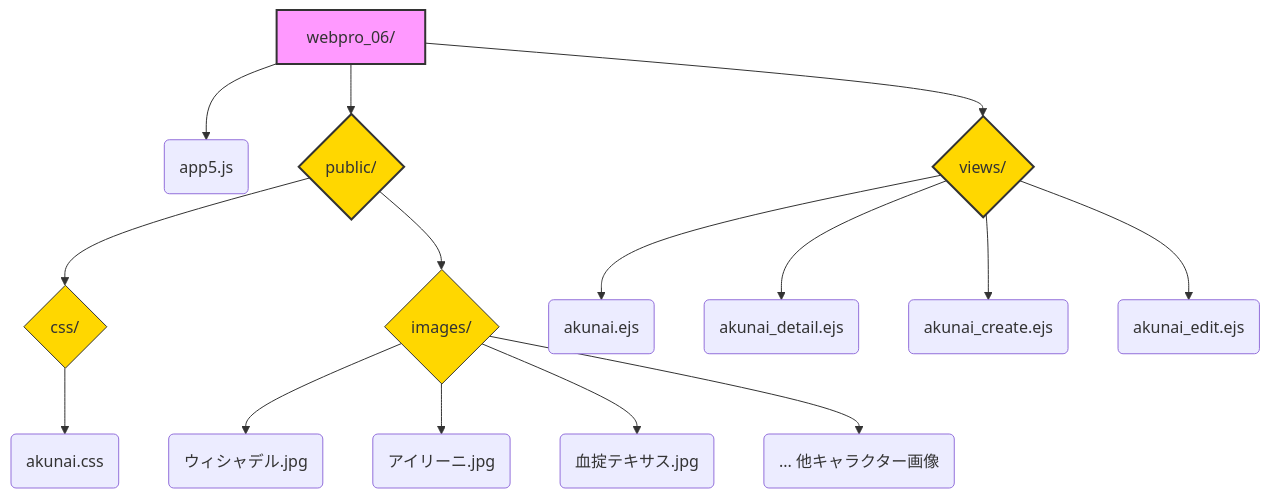
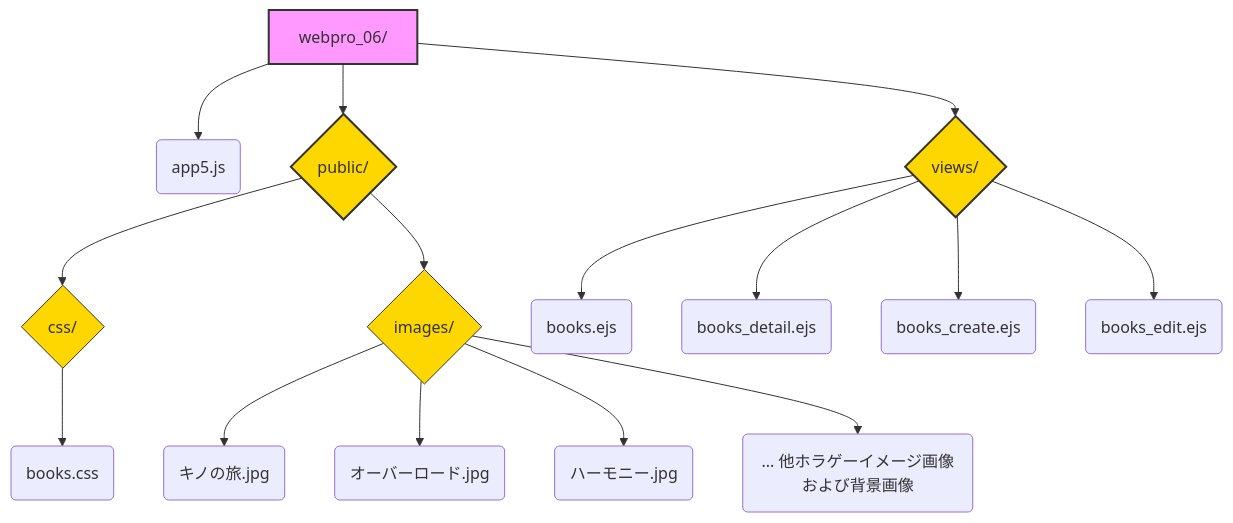
Before and after one commit to GingerAle0220/webpro_06: the diagram in fail.md, drawn with Mermaid. The commit also changed 19 other files, not shown here.

````diff
--- a/fail.md
+++ b/fail.md
@@ -1,36 +1,36 @@
 ```mermaid
 graph TD
     %% ルートディレクトリ
     root[webpro_06/]
     
     %% 第1階層
     root --> app5(app5.js)
     root --> public{public/}
     root --> views{views/}
 
     %% publicフォルダの中身
     public --> css{css/}
     public --> images{images/}
 
     %% cssフォルダ
-    css --> cssFile(akunai.css)
+    css --> cssFile(books.css)
 
     %% imagesフォルダ
-    images --> img1(ウィシャデル.jpg)
-    images --> img2(アイリーニ.jpg)
-    images --> img3(血掟テキサス.jpg)
-    images --> imgEtc(... 他キャラクター画像)
+    images --> img1(キノの旅.jpg)
+    images --> img2(オーバーロード.jpg)
+    images --> img3(ハーモニー.jpg)
+    images --> imgEtc(... 他ホラゲーイメージ画像および背景画像)
 
     %% viewsフォルダの中身
-    views --> v1(akunai.ejs)
-    views --> v2(akunai_detail.ejs)
-    views --> v3(akunai_create.ejs)
-    views --> v4(akunai_edit.ejs)
+    views --> v1(books.ejs)
+    views --> v2(books_detail.ejs)
+    views --> v3(books_create.ejs)
+    views --> v4(books_edit.ejs)
 
     %% ノードのスタイル設定（フォルダを黄色、ファイルを青っぽくなど）
     style root fill:#f9f,stroke:#333,stroke-width:2px
     style public fill:#ffd700,stroke:#333,stroke-width:2px
     style views fill:#ffd700,stroke:#333,stroke-width:2px
     style css fill:#ffd700,stroke:#333
     style images fill:#ffd700,stroke:#333
 ```
````
